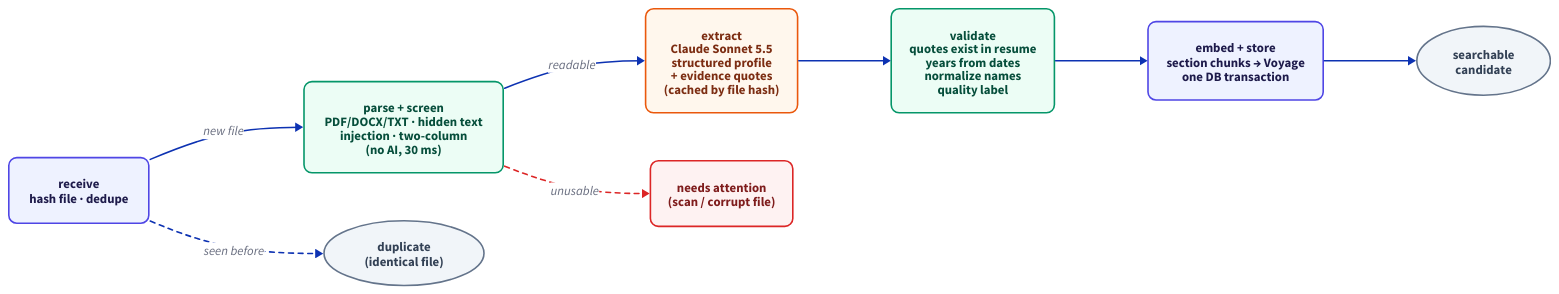
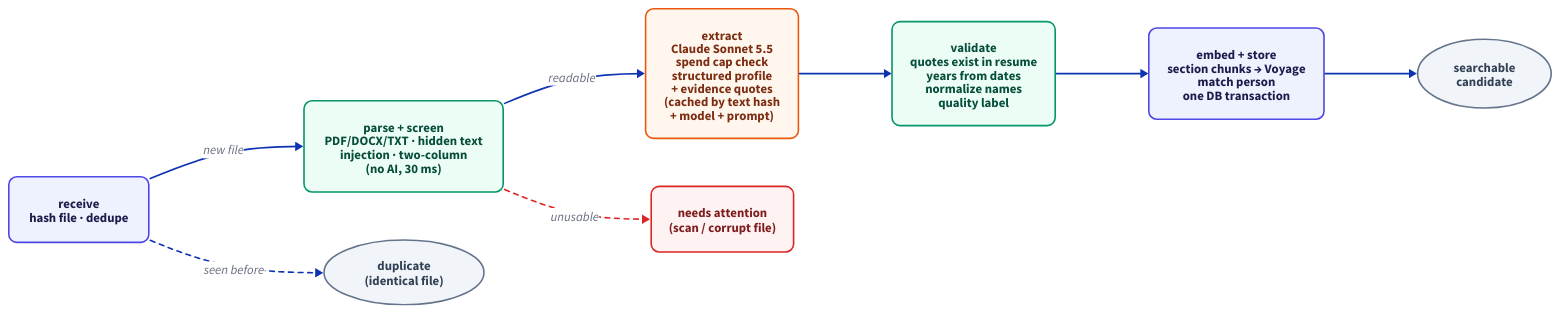
The diagram in docs/diagrams/src/ingest-graph.d2 (bprakashputta/placewise), drawn with D2 before and after one commit. The commit also changed 32 other files, not shown here.

First line of the commit message:
Block 2: docs (ingest module, ADRs 010-016, all diagrams converted to D2), D2 rule in AGENTS.md

```diff
--- a/docs/diagrams/src/ingest-graph.d2
+++ b/docs/diagrams/src/ingest-graph.d2
@@ -1,29 +1,29 @@
 # The LangGraph ingest graph (one trace per resume in LangSmith).
 vars: {d2-config: {theme-id: 0; pad: 40}}
 direction: right
 
 classes: {
   node: {style: {fill: "#EEF2FF"; stroke: "#4F46E5"; border-radius: 10; font-color: "#1E1B4B"; stroke-width: 2}}
   ai: {style: {fill: "#FFF7ED"; stroke: "#EA580C"; border-radius: 10; font-color: "#7C2D12"; stroke-width: 2}}
   code: {style: {fill: "#ECFDF5"; stroke: "#059669"; border-radius: 10; font-color: "#064E3B"; stroke-width: 2}}
   end: {shape: oval; style: {fill: "#F1F5F9"; stroke: "#64748B"; font-color: "#334155"}}
   warn: {style: {fill: "#FEF2F2"; stroke: "#DC2626"; border-radius: 10; font-color: "#7F1D1D"; stroke-width: 2}}
 }
 
 receive: "receive\nhash file · dedupe" {class: node}
 parse: "parse + screen\nPDF/DOCX/TXT · hidden text\ninjection · two-column\n(no AI, 30 ms)" {class: code}
-extract: "extract\nClaude Sonnet 5.5\nstructured profile\n+ evidence quotes\n(cached by file hash)" {class: ai}
+extract: "extract\nClaude Sonnet 5.5\nspend cap check\nstructured profile\n+ evidence quotes\n(cached by text hash\n+ model + prompt)" {class: ai}
 validate: "validate\nquotes exist in resume\nyears from dates\nnormalize names\nquality label" {class: code}
-embed: "embed + store\nsection chunks → Voyage\none DB transaction" {class: node}
+embed: "embed + store\nsection chunks → Voyage\nmatch person\none DB transaction" {class: node}
 
 dup: "duplicate\n(identical file)" {class: end}
 attention: "needs attention\n(scan / corrupt file)" {class: warn}
 done: "searchable\ncandidate" {class: end}
 
 receive -> parse: "new file"
 receive -> dup: "seen before" {style.stroke-dash: 3}
 parse -> extract: "readable"
 parse -> attention: "unusable" {style: {stroke: "#DC2626"; stroke-dash: 3}}
 extract -> validate
 validate -> embed
 embed -> done
```
